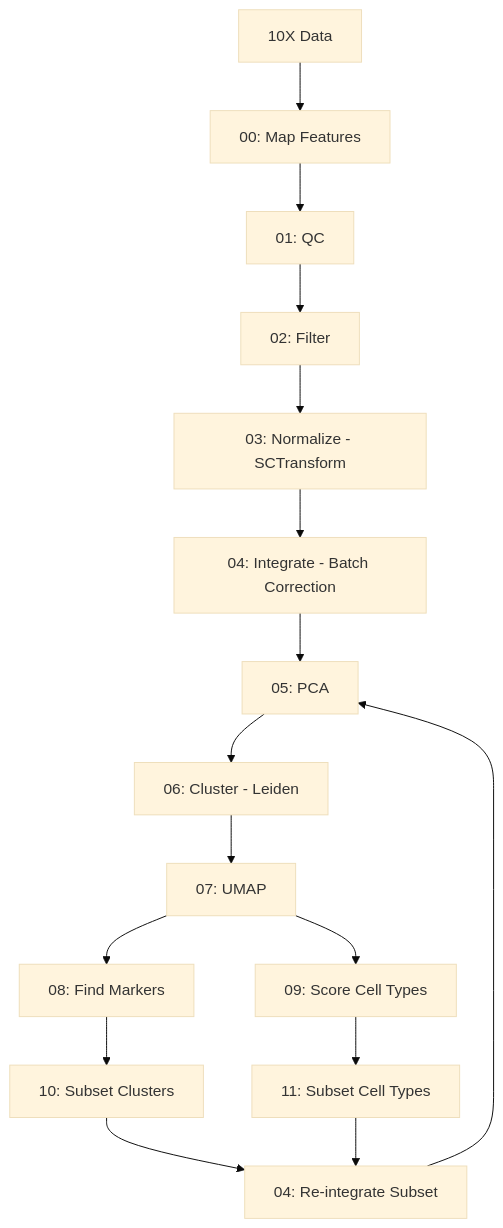
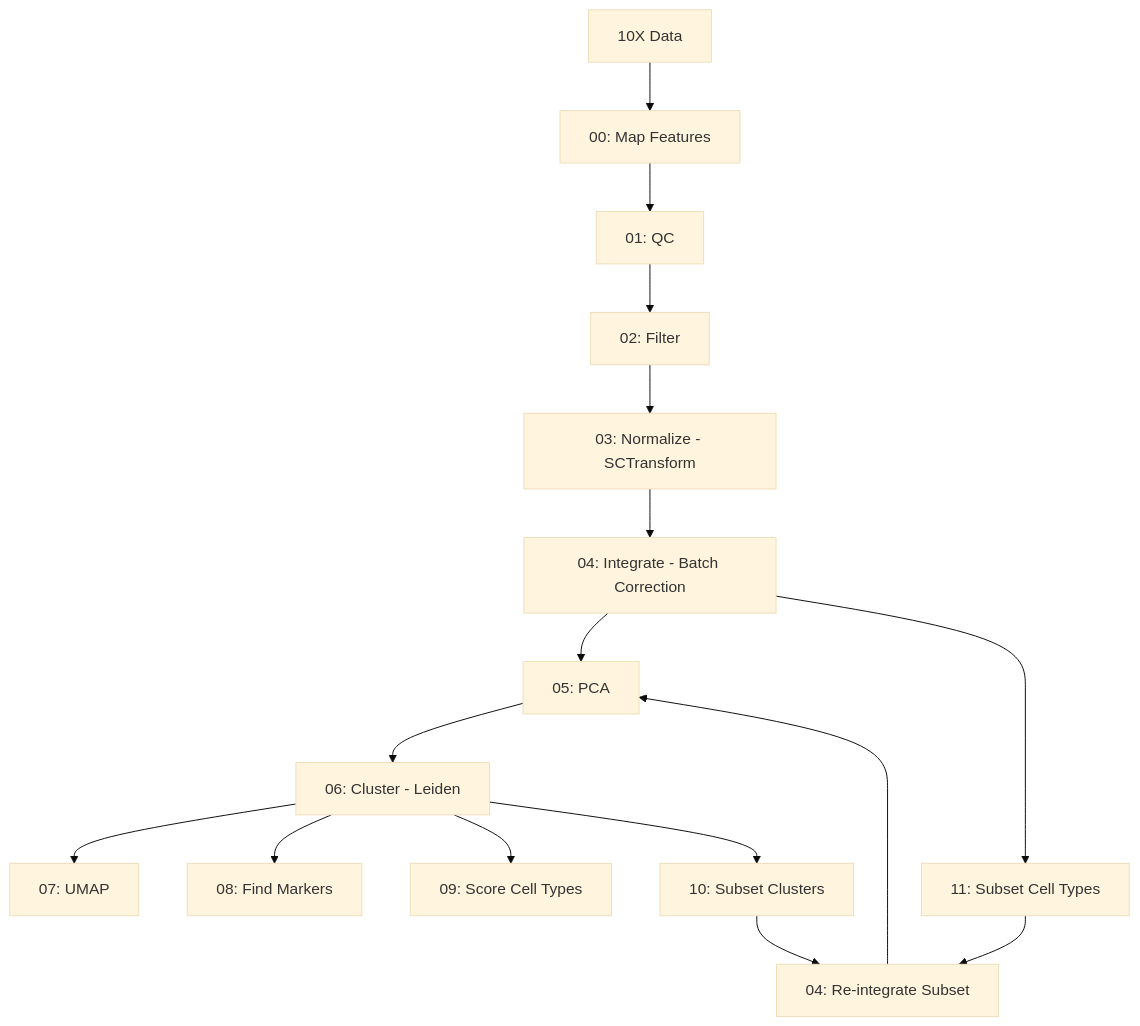
Before and after one commit to ehda-dolatabadi/BINF7700_Capstone: the diagram in scripts/seurat/README.md, drawn with Mermaid (base theme). The commit also changed 7 other files, not shown here.

````diff
--- a/scripts/seurat/README.md
+++ b/scripts/seurat/README.md
@@ -110,18 +110,18 @@
 ```mermaid
 graph TD
     A[10X Data] --> B[00: Map Features]
     B --> C[01: QC]
     C --> D[02: Filter]
     D --> E[03: Normalize - SCTransform]
     E --> F[04: Integrate - Batch Correction]
     F --> G[05: PCA]
     G --> H[06: Cluster - Leiden]
     H --> I[07: UMAP]
-    I --> J[08: Find Markers]
-    I --> K[09: Score Cell Types]
-    J --> L[10: Subset Clusters]
-    K --> M[11: Subset Cell Types]
+    H --> J[08: Find Markers]
+    H --> K[09: Score Cell Types]
+    H --> L[10: Subset Clusters]
+    F --> M[11: Subset Cell Types]
     L --> N[04: Re-integrate Subset]
     M --> N
     N --> G
 ```
````
